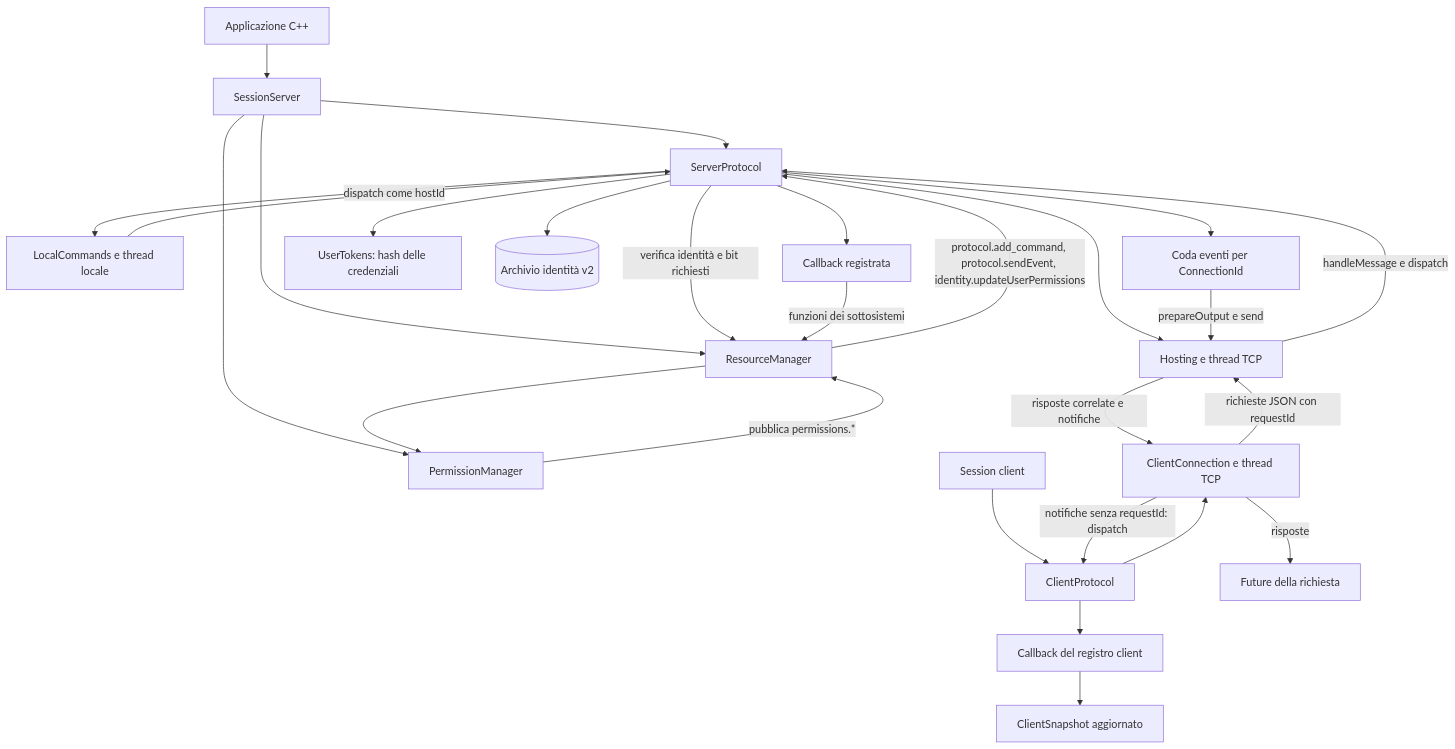
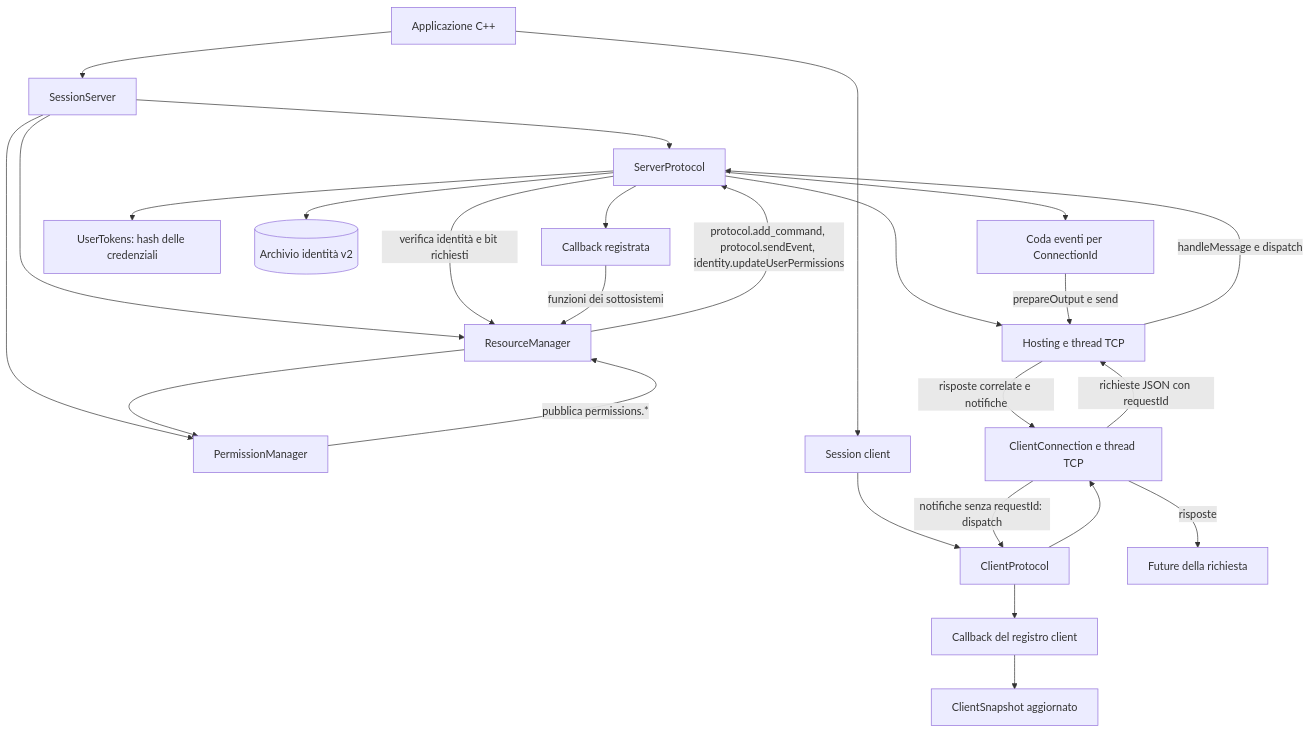
One commit to ForzaElettromotrice/GolarionHelper changed the first of 9 diagrams in .context/session-flows.md. Above: the diagram before and after it, drawn with Mermaid. The commit also changed other lines of this file and 28 other files, not shown here.

````diff
--- a/.context/session-flows.md
+++ b/.context/session-flows.md
@@ -7,29 +7,28 @@
 ```mermaid
 flowchart TB
     App[Applicazione C++] --> S[SessionServer]
     S --> PM[ServerProtocol]
     S --> RM[ResourceManager]
     S --> P[PermissionManager]
     PM --> H[Hosting e thread TCP]
-    PM --> L[LocalCommands e thread locale]
+    App --> CS
     CS[Session client] --> CP[ClientProtocol]
     CP --> C[ClientConnection e thread TCP]
     C -->|richieste JSON con requestId| H
     H -->|risposte correlate e notifiche| C
     C -->|risposte| Future[Future della richiesta]
     C -->|notifiche senza requestId: dispatch| CP
     CP --> CCB[Callback del registro client]
     CCB --> Snap[ClientSnapshot aggiornato]
     H -->|handleMessage e dispatch| PM
-    L -->|dispatch come hostId| PM
     P -->|pubblica permissions.*| RM
     PM -->|verifica identità e bit richiesti| RM
     RM --> P
     RM -->|protocol.add_command, protocol.sendEvent, identity.updateUserPermissions| PM
     PM --> Q[Coda eventi per ConnectionId]
     Q -->|prepareOutput e send| H
     PM --> CB[Callback registrata]
     CB -->|funzioni dei sottosistemi| RM
     PM --> T[UserTokens: hash delle credenziali]
     PM --> F[(Archivio identità v2)]
 ```
````
